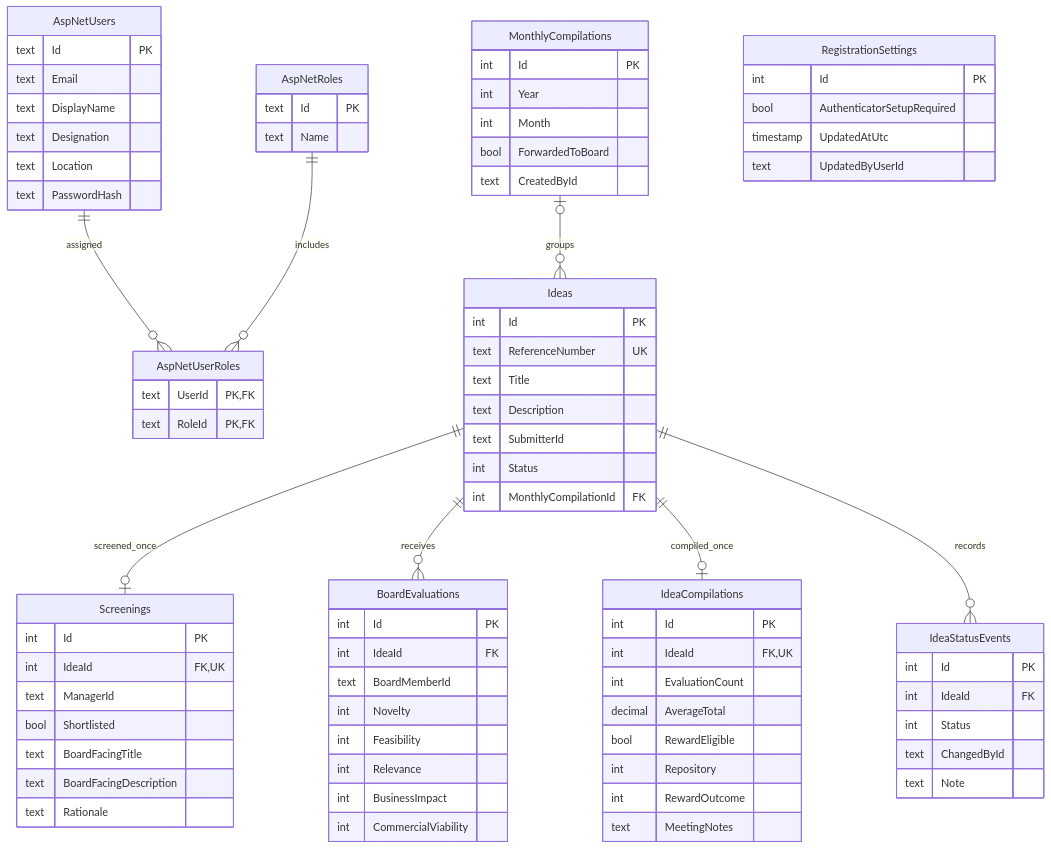
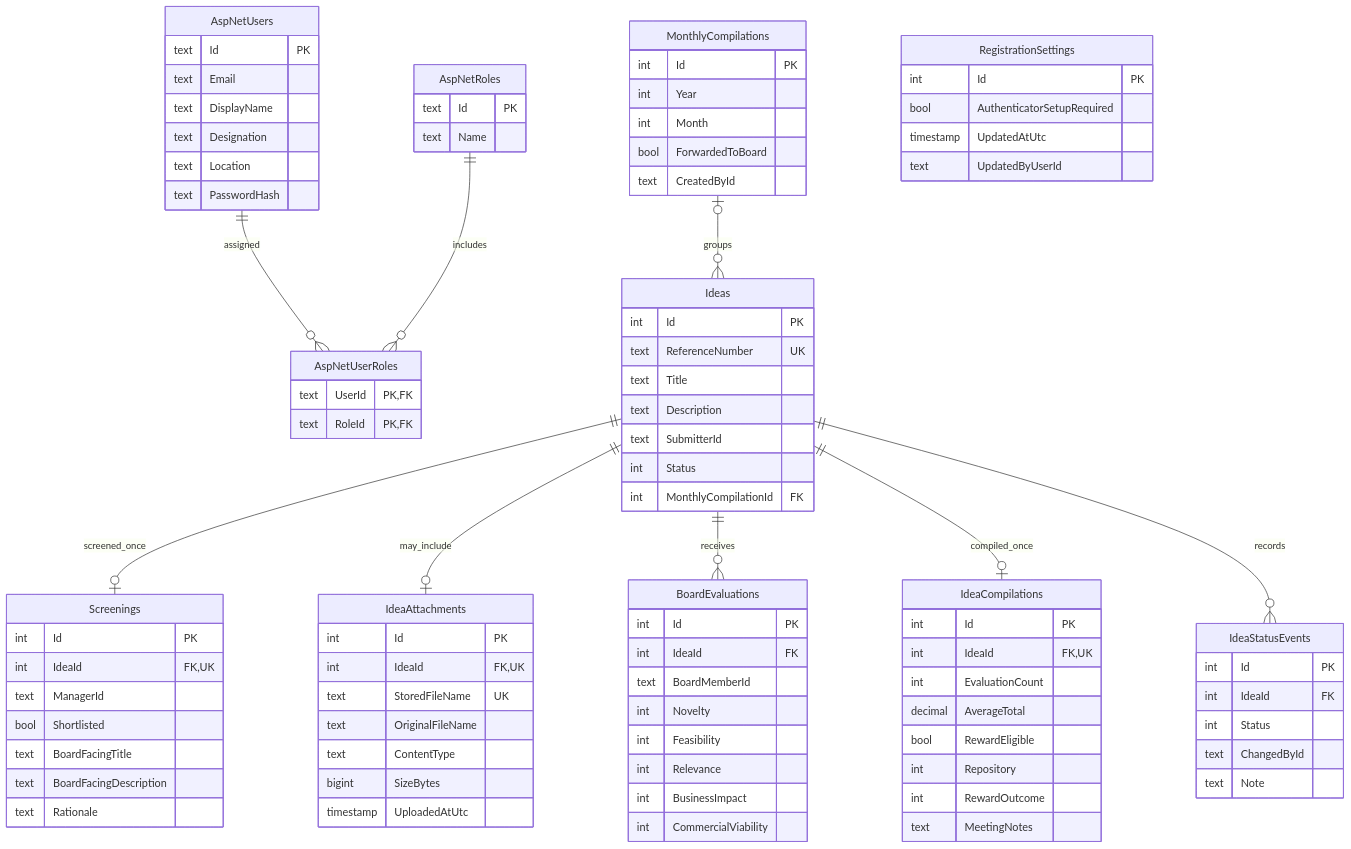
One commit to InternetDad/NamovationApplication changed the diagram in docs/database-design.md. Above: the diagram before and after it, drawn with Mermaid. The commit also changed other lines of this file and 17 other files, not shown here.

````diff
--- a/docs/database-design.md
+++ b/docs/database-design.md
@@ -11,6 +11,7 @@
 
     MonthlyCompilations o|--o{ Ideas : groups
     Ideas ||--o| Screenings : screened_once
+    Ideas ||--o| IdeaAttachments : may_include
     Ideas ||--o{ BoardEvaluations : receives
     Ideas ||--o| IdeaCompilations : compiled_once
     Ideas ||--o{ IdeaStatusEvents : records
@@ -89,4 +90,13 @@
         text ChangedById
         text Note
     }
+    IdeaAttachments {
+        int Id PK
+        int IdeaId FK, UK
+        text StoredFileName UK
+        text OriginalFileName
+        text ContentType
+        bigint SizeBytes
+        timestamp UploadedAtUtc
+    }
 ```
````
